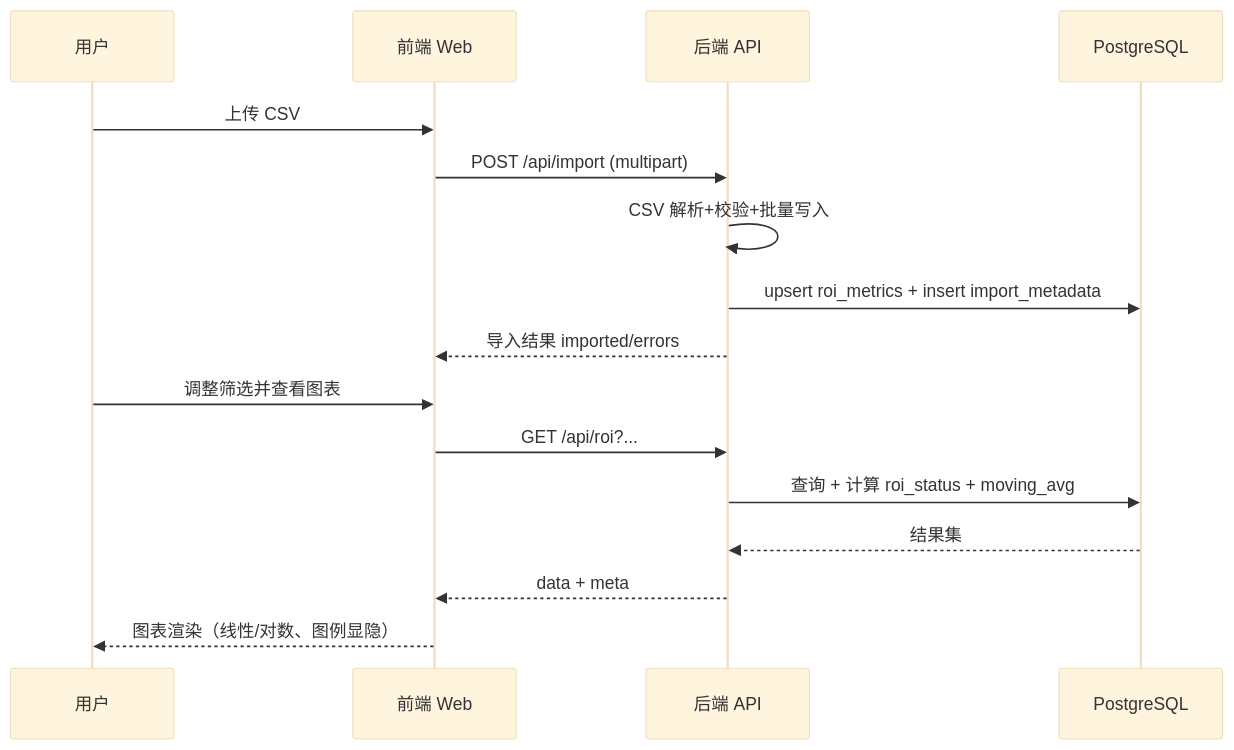
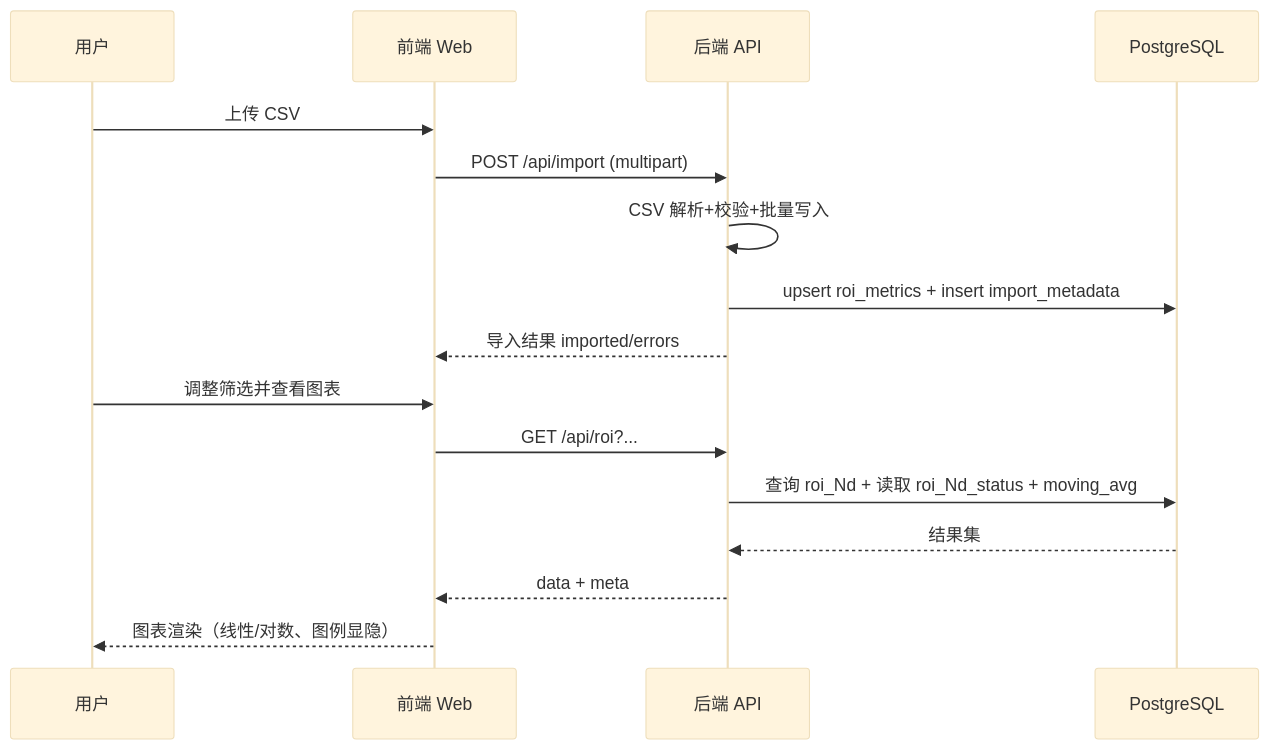
One commit to LiguoWang2025/app-roi changed the fourth of 4 diagrams in docs/DESIGN.md. Above: the diagram before and after it, drawn with Mermaid (base theme). The commit also changed other lines of this file and 7 other files, not shown here.

````diff
--- a/docs/DESIGN.md
+++ b/docs/DESIGN.md
@@ -226,20 +292,20 @@
 ```mermaid
 sequenceDiagram
     participant User as 用户
     participant Web as 前端 Web
     participant API as 后端 API
     participant DB as PostgreSQL
 
     User->>Web: 上传 CSV
     Web->>API: POST /api/import (multipart)
     API->>API: CSV 解析+校验+批量写入
     API->>DB: upsert roi_metrics + insert import_metadata
     API-->>Web: 导入结果 imported/errors
 
     User->>Web: 调整筛选并查看图表
     Web->>API: GET /api/roi?...
-    API->>DB: 查询 + 计算 roi_status + moving_avg
+    API->>DB: 查询 roi_Nd + 读取 roi_Nd_status + moving_avg
     DB-->>API: 结果集
     API-->>Web: data + meta
     Web-->>User: 图表渲染（线性/对数、图例显隐）
 ```
````
